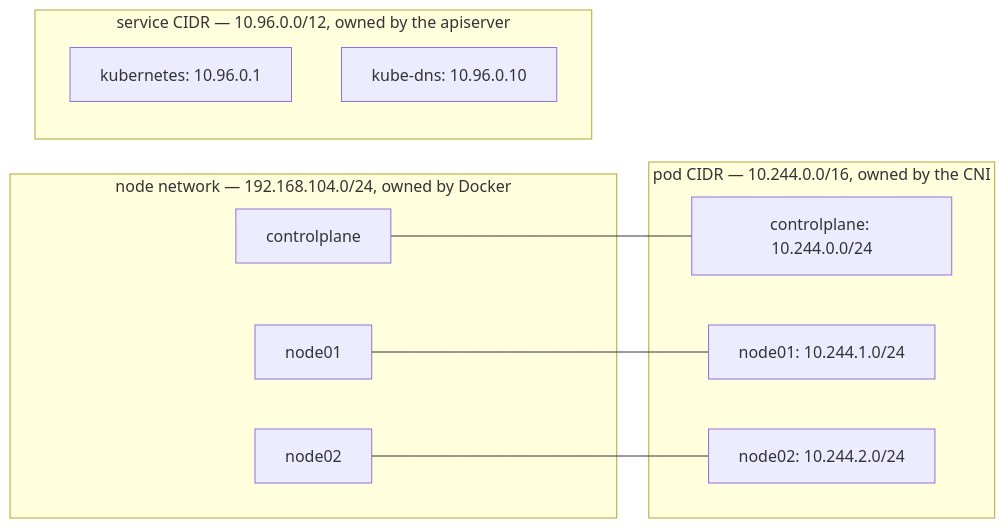
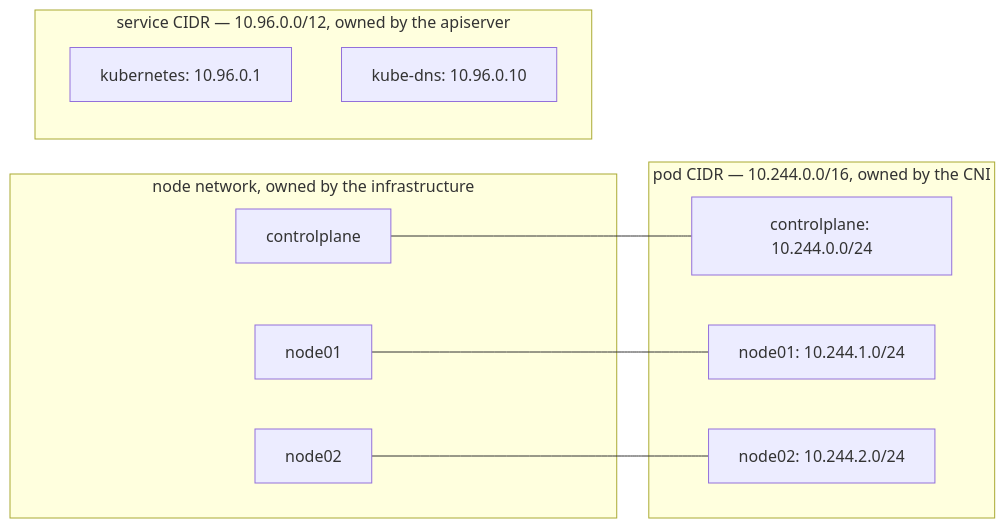
One commit to jclapdev/cka-study changed the first of 2 diagrams in references/pod-network.md. Above: the diagram before and after it, drawn with Mermaid. The commit also changed other lines of this file and 8 other files, not shown here.

````diff
--- a/references/pod-network.md
+++ b/references/pod-network.md
@@ -13,20 +13,20 @@
 ```mermaid
 flowchart LR
-  subgraph nodes["node network — 192.168.104.0/24, owned by Docker"]
+  subgraph nodes["node network, owned by the infrastructure"]
     n1["controlplane"]
     n2["node01"]
     n3["node02"]
   end
   subgraph pods["pod CIDR — 10.244.0.0/16, owned by the CNI"]
     p1["controlplane: 10.244.0.0/24"]
     p2["node01: 10.244.1.0/24"]
     p3["node02: 10.244.2.0/24"]
   end
   subgraph svcs["service CIDR — 10.96.0.0/12, owned by the apiserver"]
     s1["kubernetes: 10.96.0.1"]
     s2["kube-dns: 10.96.0.10"]
   end
   n1 --- p1
   n2 --- p2
   n3 --- p3
 ```
````
